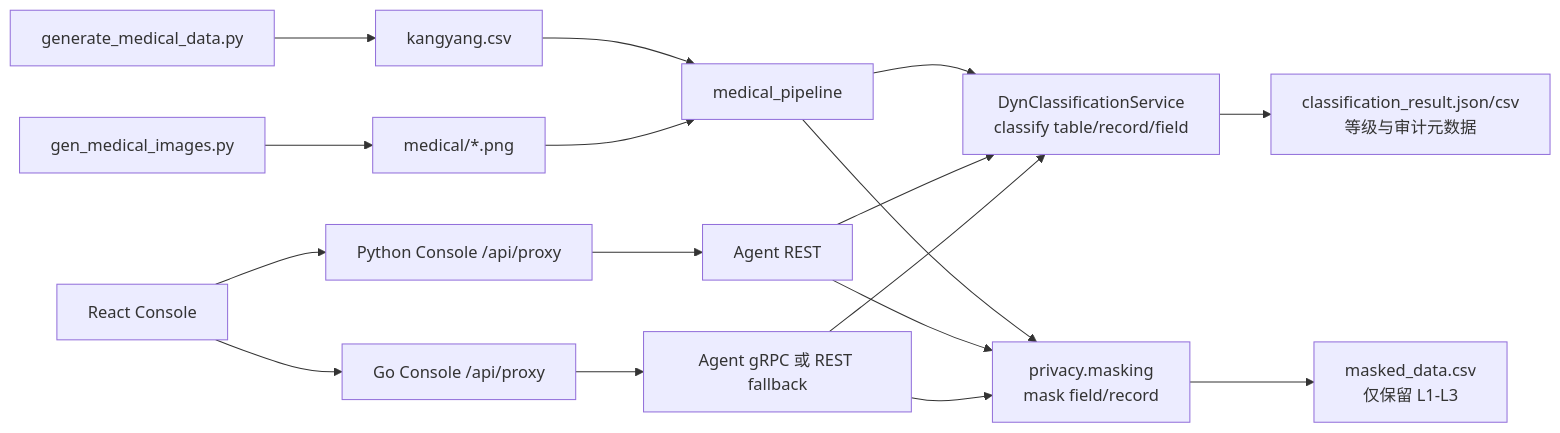
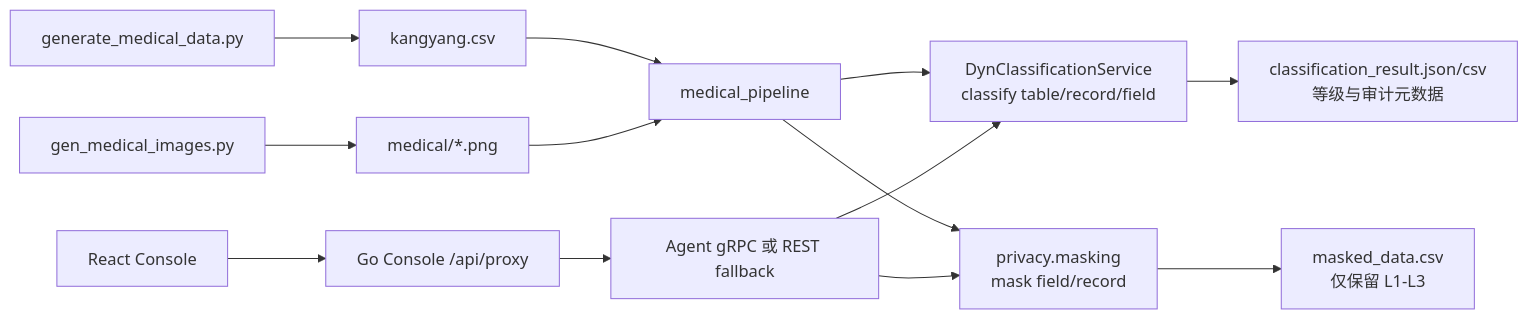
Before and after one commit to fengzhizi319/PrivShield: the diagram in docs/medical_pipeline/medical_data_pipeline_design.md, drawn with Mermaid. The commit also changed other lines of this file and 89 other files, not shown here.

````diff
--- a/docs/medical_pipeline/medical_data_pipeline_design.md
+++ b/docs/medical_pipeline/medical_data_pipeline_design.md
@@ -44,19 +45,15 @@
 ```mermaid
 graph LR
     G[generate_medical_data.py] --> CSV[kangyang.csv]
     I[gen_medical_images.py] --> IMG[medical/*.png]
     CSV --> P[medical_pipeline]
     IMG --> P
     P --> C[DynClassificationService\nclassify table/record/field]
     P --> M[privacy.masking\nmask field/record]
     C --> R1[classification_result.json/csv\n等级与审计元数据]
     M --> R2[masked_data.csv\n仅保留 L1-L3]
-    UI[React Console] --> PY[Python Console /api/proxy]
-    UI --> GO[Go Console /api/proxy]
-    PY --> A[Agent REST]
+    UI[React Console] --> GO[Go Console /api/proxy]
     GO --> A2[Agent gRPC 或 REST fallback]
-    A --> C
-    A --> M
     A2 --> C
     A2 --> M
 ```
````
